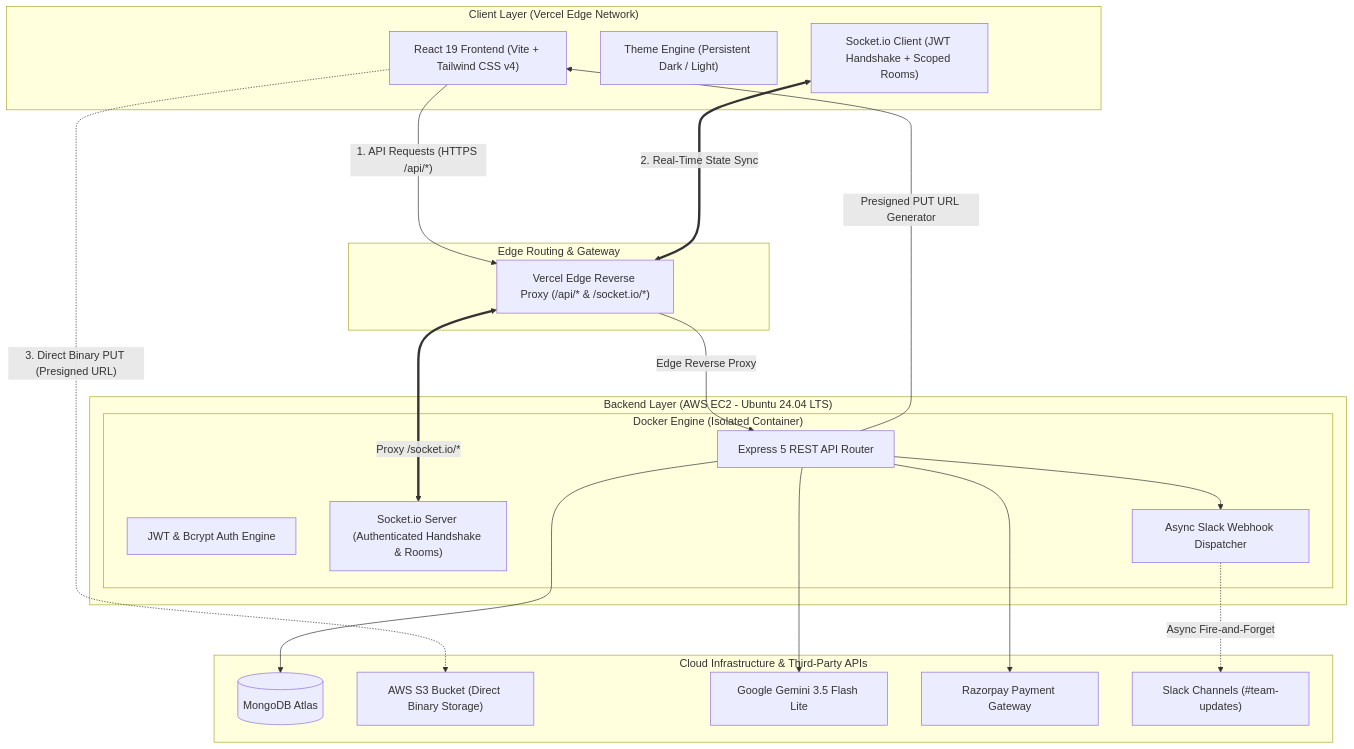
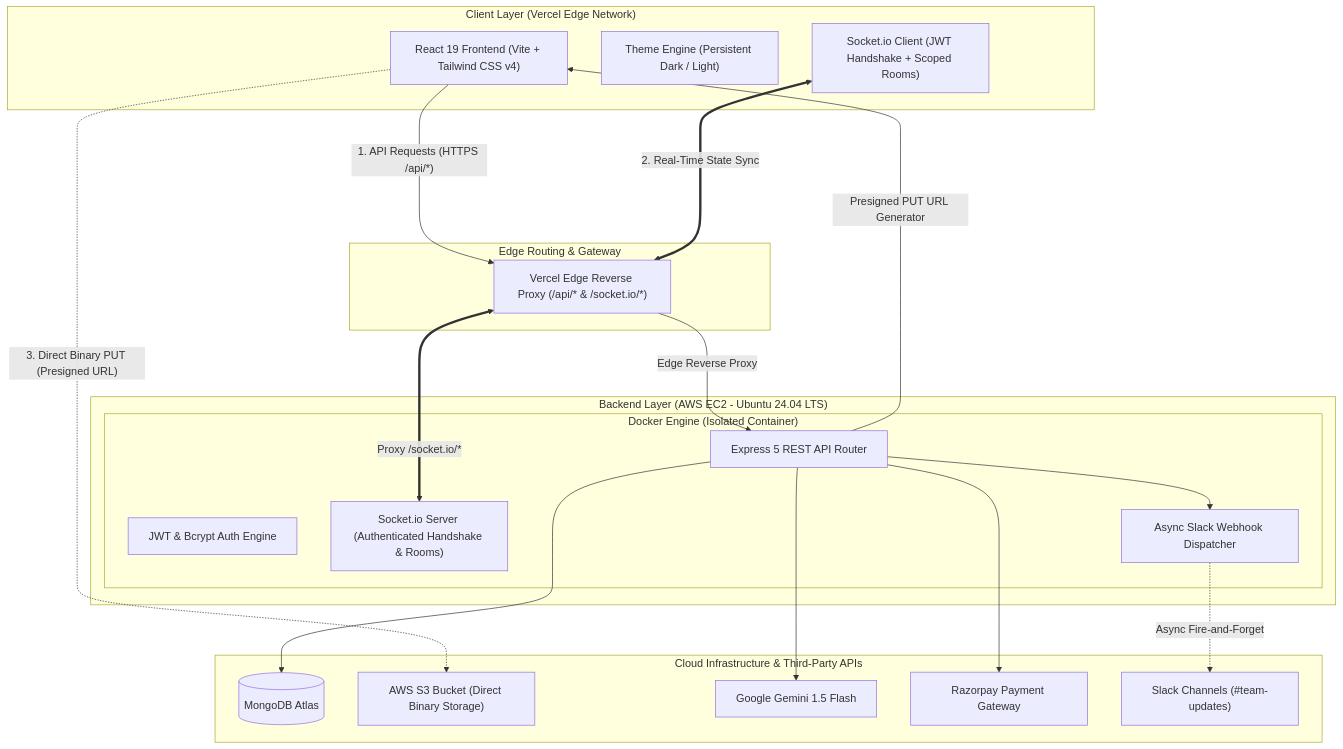
Before and after one commit to Ritik-7032/collabDesk: the diagram in README.md, drawn with Mermaid. The commit also changed other lines of this file and 13 other files, not shown here.

Commit message:
feat(security & architecture): resolve audit gaps (atomic OCC, order binding, anti-enumeration, and TLS reverse proxy)

````diff
--- a/README.md
+++ b/README.md
@@ -32,42 +32,42 @@
 ```mermaid
 flowchart TD
     subgraph ClientLayer ["Client Layer (Vercel Edge Network)"]
         Client["React 19 Frontend (Vite + Tailwind CSS v4)"]
         Theme["Theme Engine (Persistent Dark / Light)"]
         SocketClient["Socket.io Client (JWT Handshake + Scoped Rooms)"]
     end
     
     subgraph ProxyGateway ["Edge Routing & Gateway"]
         VercelProxy["Vercel Edge Reverse Proxy (/api/* & /socket.io/*)"]
     end
 
     subgraph CloudServer ["Backend Layer (AWS EC2 - Ubuntu 24.04 LTS)"]
         subgraph DockerContainer ["Docker Engine (Isolated Container)"]
             Router["Express 5 REST API Router"]
             AuthEngine["JWT & Bcrypt Auth Engine"]
             SocketEngine["Socket.io Server (Authenticated Handshake & Rooms)"]
             SlackWorker["Async Slack Webhook Dispatcher"]
         end
     end
     
     subgraph DataServices ["Cloud Infrastructure & Third-Party APIs"]
         MongoDB[(MongoDB Atlas)]
         S3["AWS S3 Bucket (Direct Binary Storage)"]
-        Gemini["Google Gemini 3.5 Flash Lite"]
+        Gemini["Google Gemini 1.5 Flash"]
         Razorpay["Razorpay Payment Gateway"]
         Slack["Slack Channels (#team-updates)"]
     end
 
     Client -- "1. API Requests (HTTPS /api/*)" --> VercelProxy
     VercelProxy -- "Edge Reverse Proxy" --> Router
     SocketClient <===>|"2. Real-Time State Sync"| VercelProxy
     VercelProxy <===>|"Proxy /socket.io/*"| SocketEngine
     Client -.->|"3. Direct Binary PUT (Presigned URL)"| S3
     
     Router --> MongoDB
     Router --> Gemini
     Router --> Razorpay
     Router -- "Presigned PUT URL Generator" --> Client
     Router --> SlackWorker
     SlackWorker -.->|"Async Fire-and-Forget"| Slack
 ```
````
